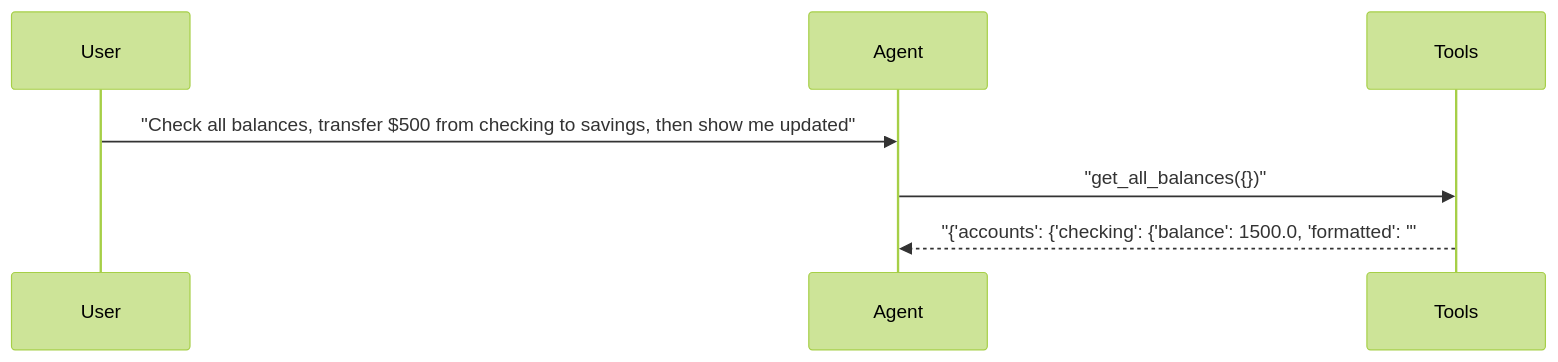
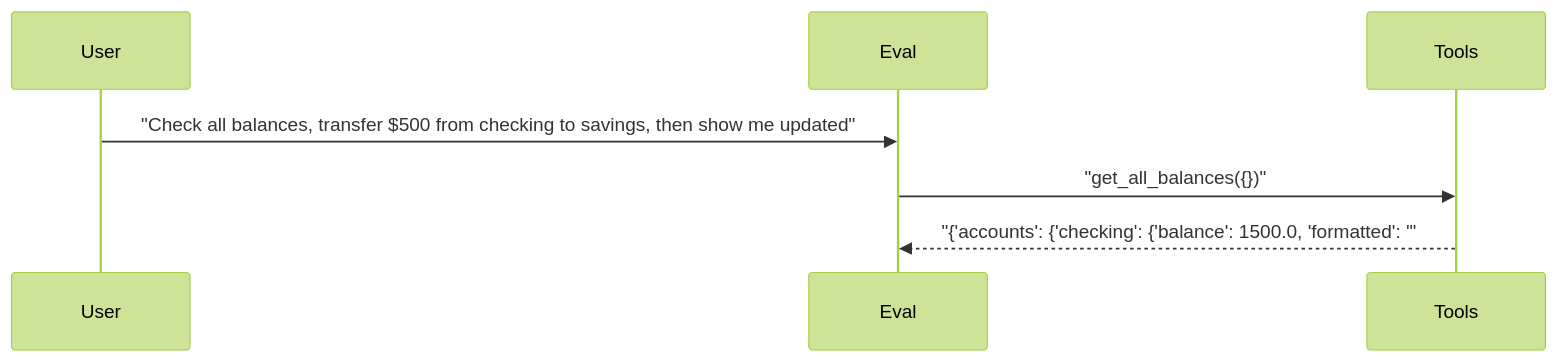
Before and after one commit to sbroenne/pytest-skill-engineering: the fourth of 4 diagrams in docs/reports/01_single_agent.md, drawn with Mermaid (forest theme). The commit also changed other lines of this file and 155 other files, not shown here.

````diff
--- a/docs/reports/01_single_agent.md
+++ b/docs/reports/01_single_agent.md
@@ -267,10 +267,10 @@
 ```mermaid
 sequenceDiagram
     participant User
-    participant Agent
+    participant Eval
     participant Tools
 
-    User->>Agent: "Check all balances, transfer $500 from checking to savings, then show me updated"
-    Agent->>Tools: "get_all_balances({})"
-    Tools-->>Agent: "{'accounts': {'checking': {'balance': 1500.0, 'formatted': '"
+    User->>Eval: "Check all balances, transfer $500 from checking to savings, then show me updated"
+    Eval->>Tools: "get_all_balances({})"
+    Tools-->>Eval: "{'accounts': {'checking': {'balance': 1500.0, 'formatted': '"
 ```
````
